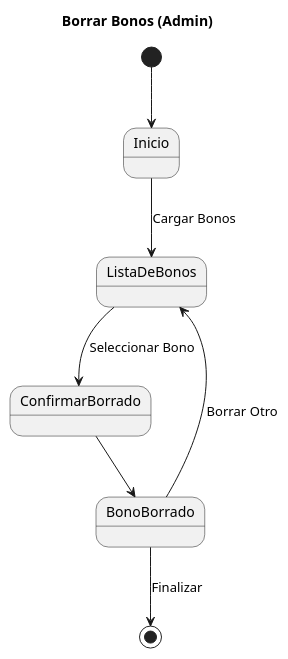
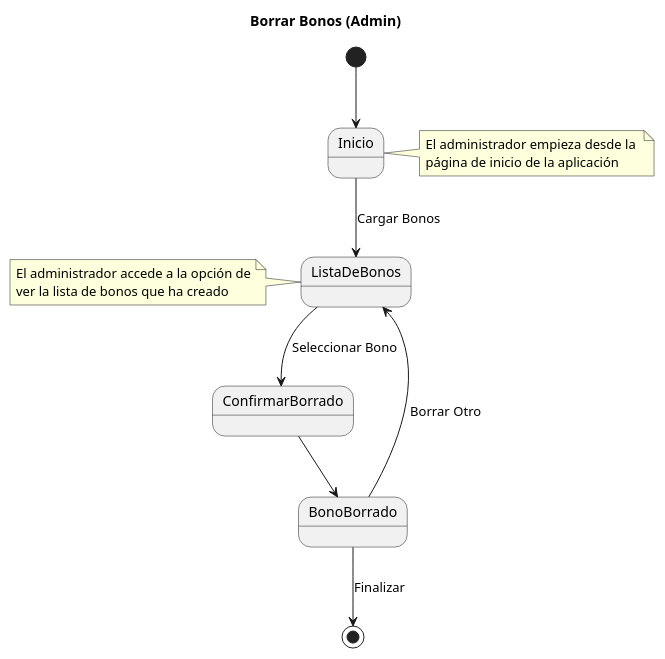
One commit to pablarce/23-24-IdSw1-SDR changed the diagram in CasosDeUso/CduDetallados/CduBonos/BorrarBonos.puml. Above: the diagram before and after it, drawn with PlantUML. The commit also changed 7 other files, not shown here.

```diff
--- a/CasosDeUso/CduDetallados/CduBonos/BorrarBonos.puml
+++ b/CasosDeUso/CduDetallados/CduBonos/BorrarBonos.puml
@@ -1,11 +1,22 @@
 @startuml
 title Borrar Bonos (Admin)
 
 [*] --> Inicio
+note right of Inicio
+El administrador empieza desde la 
+página de inicio de la aplicación
+end note
+
 Inicio --> ListaDeBonos : Cargar Bonos
+
 ListaDeBonos --> ConfirmarBorrado : Seleccionar Bono
+note left of ListaDeBonos 
+El administrador accede a la opción de
+ver la lista de bonos que ha creado
+endnote
+
 ConfirmarBorrado --> BonoBorrado
 BonoBorrado --> ListaDeBonos : Borrar Otro
 BonoBorrado --> [*] : Finalizar
 
 @enduml
```
